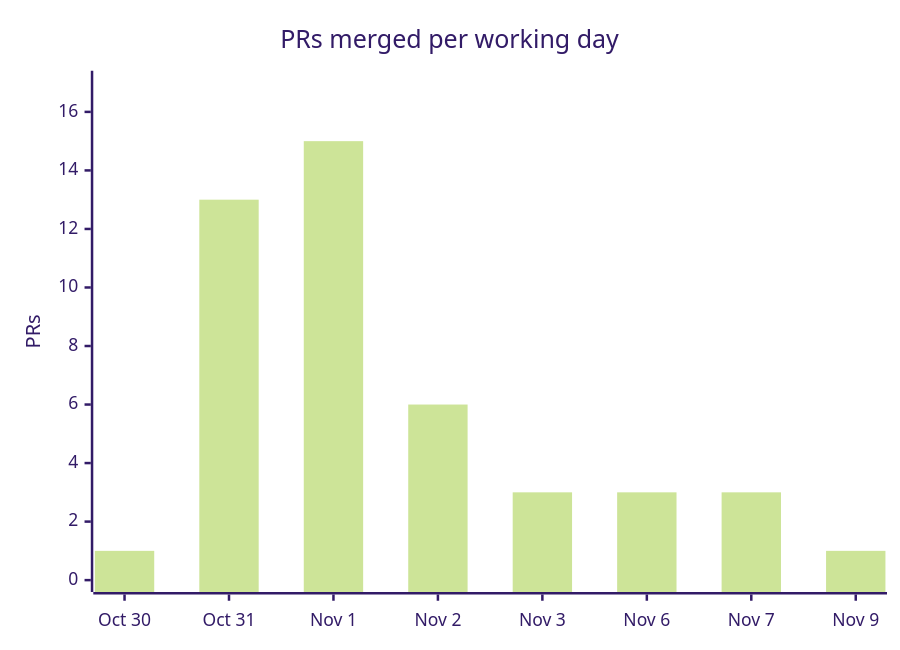
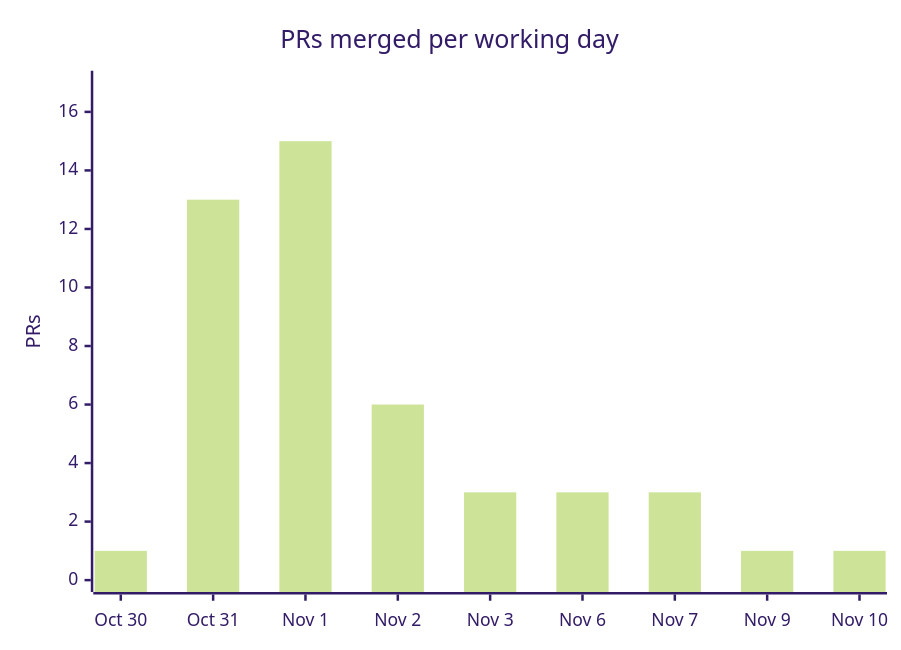
One commit to cmprssd/nfsh changed the fourth of 4 diagrams in docs/OVERVIEW.md. Above: the diagram before and after it, drawn with Mermaid (forest theme). The commit also changed other lines of this file and 10 other files, not shown here.

````diff
--- a/docs/OVERVIEW.md
+++ b/docs/OVERVIEW.md
@@ -139,7 +139,7 @@
 ```mermaid
 xychart-beta
     title "PRs merged per working day"
-    x-axis ["Oct 30", "Oct 31", "Nov 1", "Nov 2", "Nov 3", "Nov 6", "Nov 7", "Nov 9"]
+    x-axis ["Oct 30", "Oct 31", "Nov 1", "Nov 2", "Nov 3", "Nov 6", "Nov 7", "Nov 9", "Nov 10"]
     y-axis "PRs" 0 --> 17
-    bar [1, 13, 15, 6, 3, 3, 3, 1]
+    bar [1, 13, 15, 6, 3, 3, 3, 1, 1]
 ```
````
